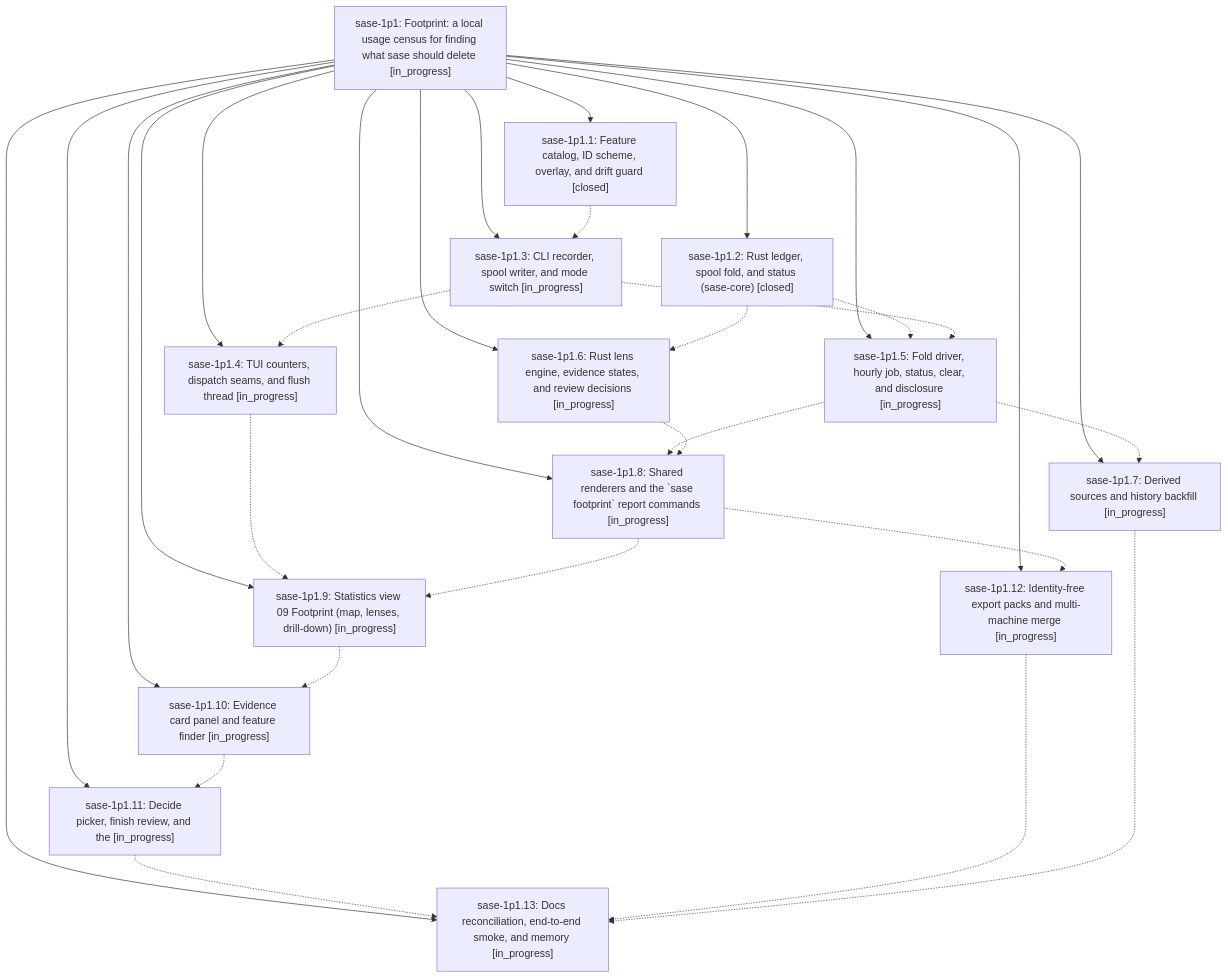
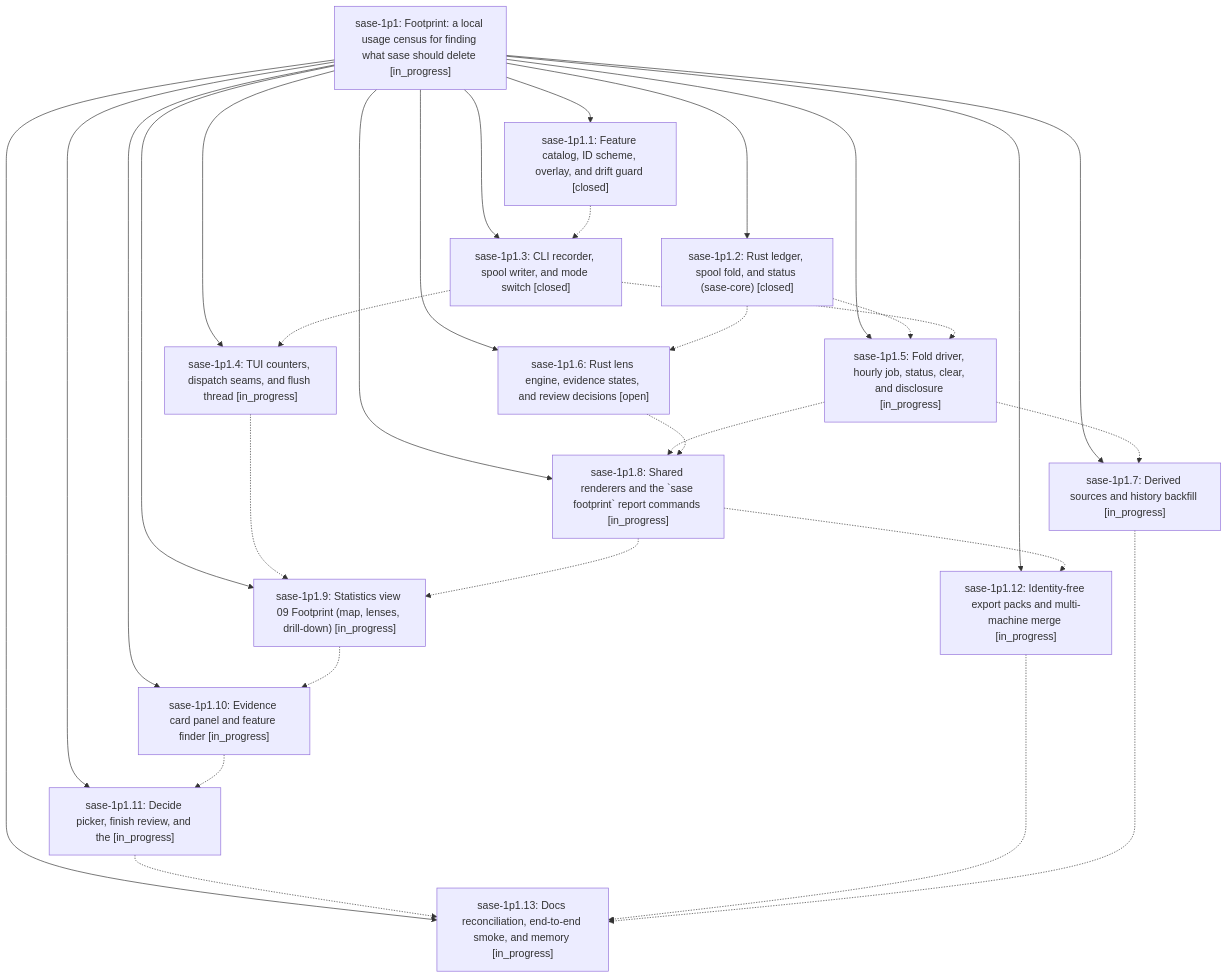
The diagram in pages/sase-1p1/README.md (sase-org/sase--beads), drawn with Mermaid before and after one commit. The commit also changed other lines of this file and 7 other files, not shown here.

````diff
--- a/pages/sase-1p1/README.md
+++ b/pages/sase-1p1/README.md
@@ -46,46 +57,46 @@
 ```mermaid
 flowchart TD
     n0["sase-1p1: Footprint: a local usage census for finding what sase should delete [in_progress]"]
     n1["sase-1p1.1: Feature catalog, ID scheme, overlay, and drift guard [closed]"]
     n2["sase-1p1.10: Evidence card panel and feature finder [in_progress]"]
     n3["sase-1p1.11: Decide picker, finish review, and the [in_progress]"]
     n4["sase-1p1.12: Identity-free export packs and multi-machine merge [in_progress]"]
     n5["sase-1p1.13: Docs reconciliation, end-to-end smoke, and memory [in_progress]"]
     n6["sase-1p1.2: Rust ledger, spool fold, and status (sase-core) [closed]"]
-    n7["sase-1p1.3: CLI recorder, spool writer, and mode switch [in_progress]"]
+    n7["sase-1p1.3: CLI recorder, spool writer, and mode switch [closed]"]
     n8["sase-1p1.4: TUI counters, dispatch seams, and flush thread [in_progress]"]
     n9["sase-1p1.5: Fold driver, hourly job, status, clear, and disclosure [in_progress]"]
-    n10["sase-1p1.6: Rust lens engine, evidence states, and review decisions [in_progress]"]
+    n10["sase-1p1.6: Rust lens engine, evidence states, and review decisions [open]"]
     n11["sase-1p1.7: Derived sources and history backfill [in_progress]"]
     n12["sase-1p1.8: Shared renderers and the `sase footprint` report commands [in_progress]"]
     n13["sase-1p1.9: Statistics view 09 Footprint (map, lenses, drill-down) [in_progress]"]
     n0 --> n1
     n0 --> n2
     n0 --> n3
     n0 --> n4
     n0 --> n5
     n0 --> n6
     n0 --> n7
     n0 --> n8
     n0 --> n9
     n0 --> n10
     n0 --> n11
     n0 --> n12
     n0 --> n13
     n1 -.-> n7
     n2 -.-> n3
     n3 -.-> n5
     n4 -.-> n5
     n6 -.-> n9
     n6 -.-> n10
     n7 -.-> n8
     n7 -.-> n9
     n8 -.-> n13
     n9 -.-> n11
     n9 -.-> n12
     n10 -.-> n12
     n11 -.-> n5
     n12 -.-> n4
     n12 -.-> n13
     n13 -.-> n2
 ```
````
